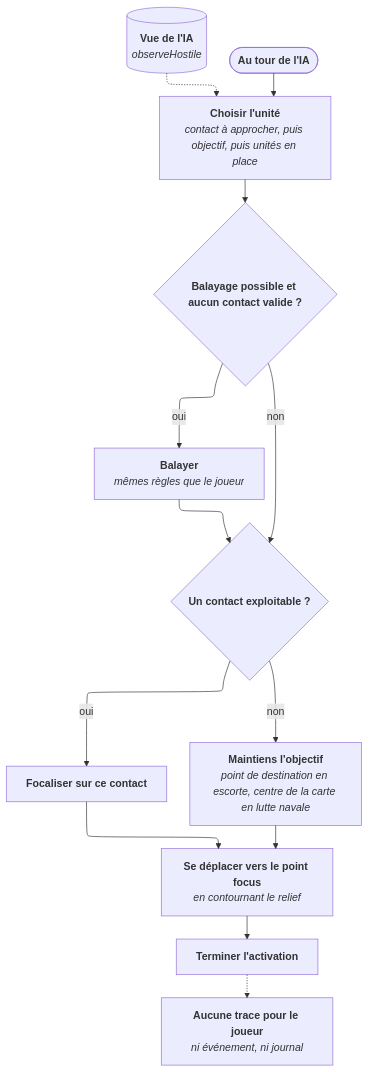
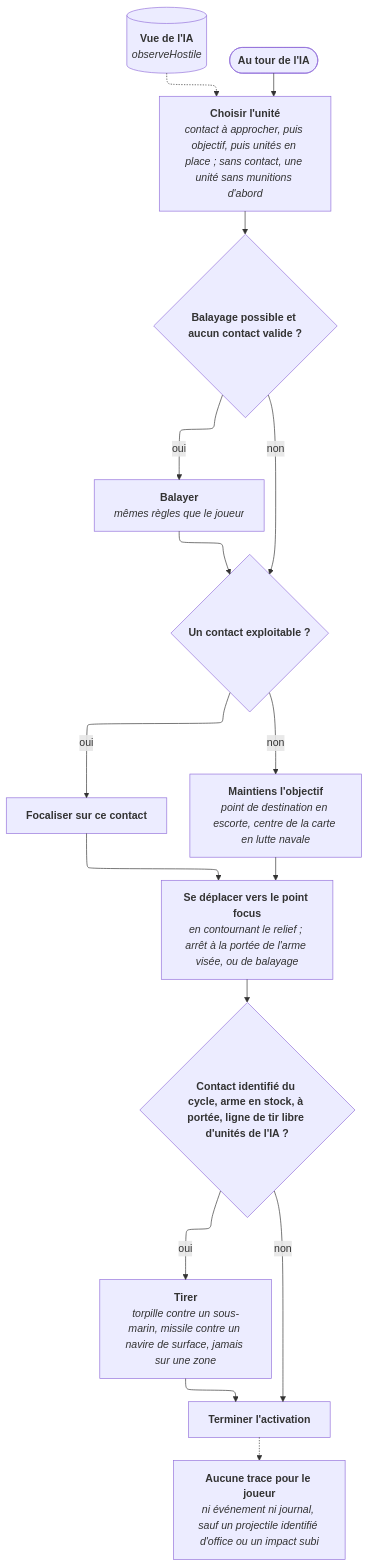
The diagram in docs/diagrams/05-ia.md (peangoulvant/Tacticoop), drawn with Mermaid before and after one commit. The commit also changed other lines of this file and 45 other files, not shown here.

````diff
--- a/docs/diagrams/05-ia.md
+++ b/docs/diagrams/05-ia.md
@@ -6,24 +6,27 @@
 ```mermaid
 ---
 config:
   layout: elk
   theme: default
   look: classic
 ---
 flowchart TB
     vue[("`**Vue de l'IA**<br>*observeHostile*`")]
-    debut(["`**Au tour de l'IA**`"]) --> choix["`**Choisir l'unité**<br>*contact à approcher, puis objectif, puis unités en place*`"]
+    debut(["`**Au tour de l'IA**`"]) --> choix["`**Choisir l'unité**<br>*contact à approcher, puis objectif, puis unités en place ; sans contact, une unité sans munitions d'abord*`"]
     vue -.-> choix
     choix --> balayer{"`**Balayage possible et aucun contact valide ?**`"}
     balayer -->|"oui"| balayage["`**Balayer**<br>*mêmes règles que le joueur*`"]
     balayer -->|"non"| intention
     balayage --> intention{"`**Un contact exploitable ?**`"}
     intention -->|"oui"| contact["`**Focaliser sur ce contact**`"]
     intention -->|"non"| objectif["`**Maintiens l'objectif**<br>*point de destination en escorte, centre de la carte en lutte navale*`"]
     contact --> aller
-    objectif --> aller["`**Se déplacer vers le point focus**<br>*en contournant le relief*`"]
-    aller --> fin["`**Terminer l'activation**`"]
+    objectif --> aller["`**Se déplacer vers le point focus**<br>*en contournant le relief ; arrêt à la portée de l'arme visée, ou de balayage*`"]
+    aller --> tir{"`**Contact identifié du cycle, arme en stock, à portée, ligne de tir libre d'unités de l'IA ?**`"}
+    tir -->|"oui"| tirer["`**Tirer**<br>*torpille contre un sous-marin, missile contre un navire de surface, jamais sur une zone*`"]
+    tir -->|"non"| fin
+    tirer --> fin["`**Terminer l'activation**`"]
 
-    note["`**Aucune trace pour le joueur**<br>*ni événement, ni journal*`"]
+    note["`**Aucune trace pour le joueur**<br>*ni événement ni journal, sauf un projectile identifié d'office ou un impact subi*`"]
     fin -.-> note
 ```
````
